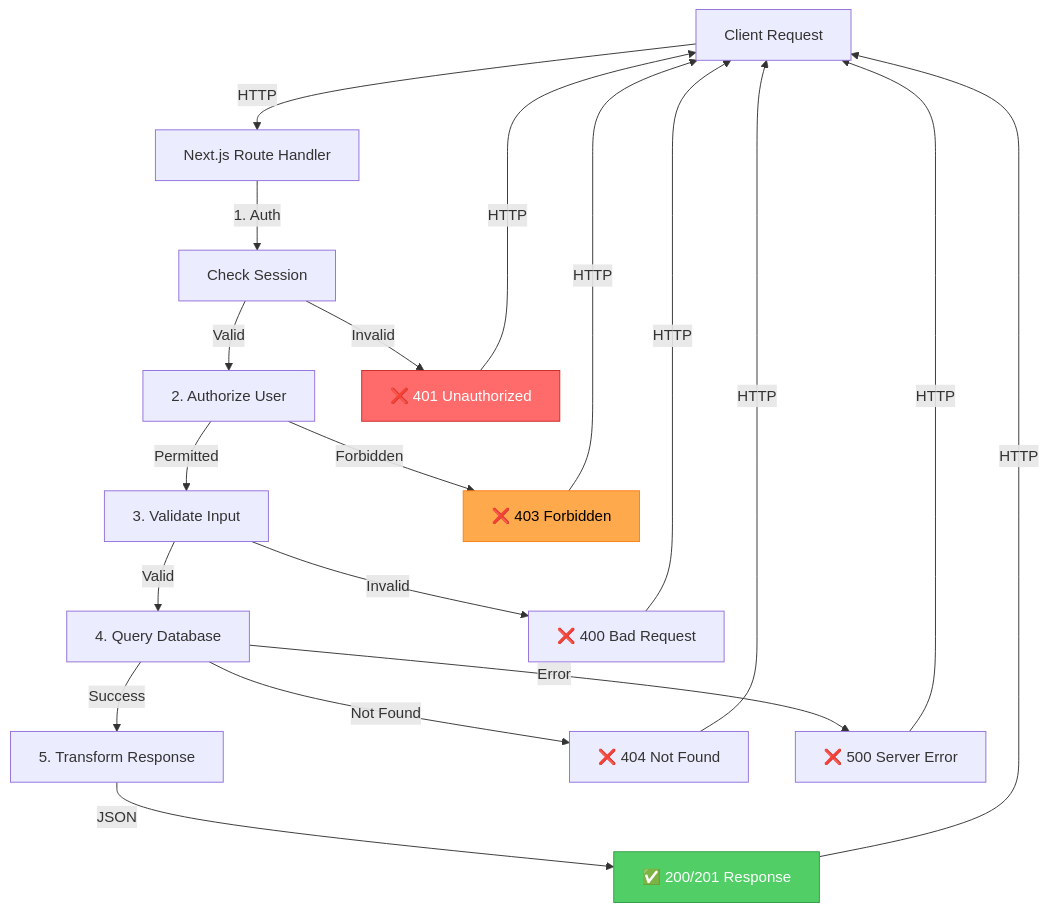
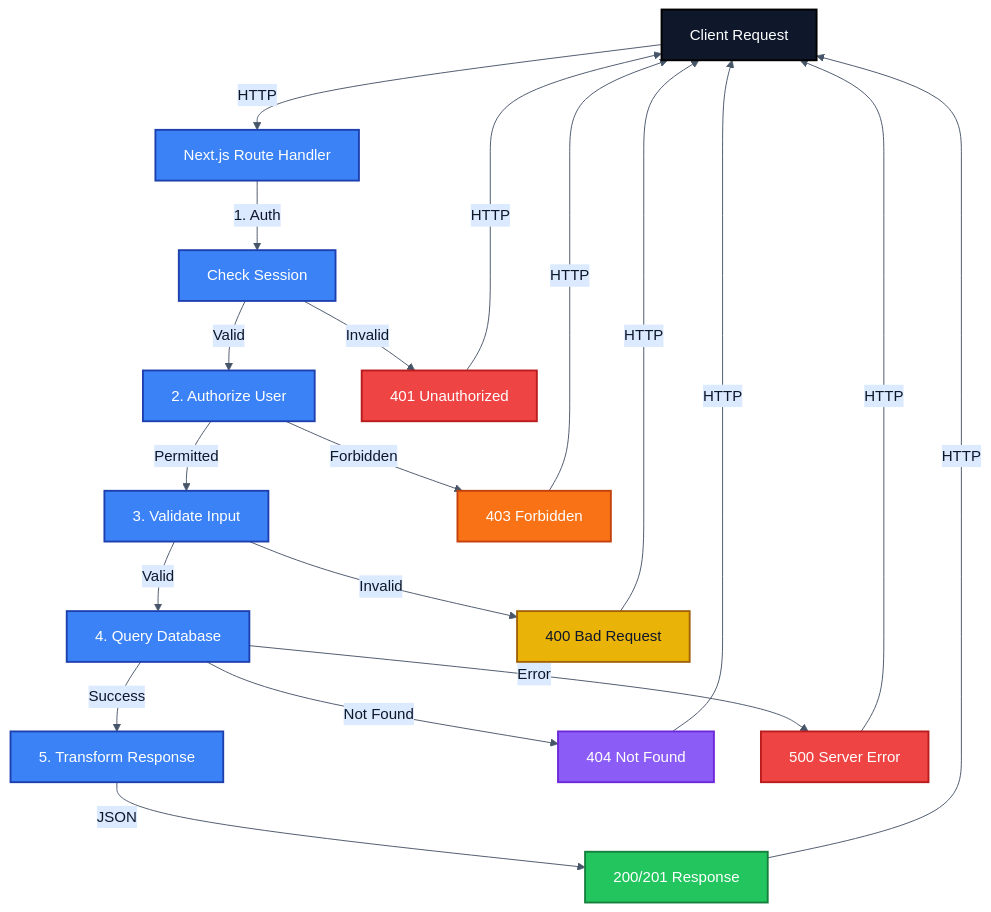
Before and after one commit to 3DHDSoft/devmultiplier-academy: the diagram in doc/api-endpoints.md, drawn with Mermaid. The commit also changed 19 other files, not shown here.

````diff
--- a/doc/api-endpoints.md
+++ b/doc/api-endpoints.md
@@ -7,30 +7,51 @@
 ```mermaid
+%%{init: {'theme': 'base', 'themeVariables': {
+  'primaryColor': '#3b82f6',
+  'primaryTextColor': '#0f172a',
+  'primaryBorderColor': '#1e40af',
+  'lineColor': '#475569',
+  'secondaryColor': '#dbeafe',
+  'tertiaryColor': '#eff6ff',
+  'background': '#ffffff',
+  'textColor': '#0f172a',
+  'fontFamily': 'system-ui, -apple-system, sans-serif'
+}}}%%
 graph TD
     Client["Client Request"] -->|HTTP| Router["Next.js Route Handler"]
     Router -->|1. Auth| Auth["Check Session"]
     Auth -->|Valid| Authorize["2. Authorize User"]
-    Auth -->|Invalid| Unauth["❌ 401 Unauthorized"]
+    Auth -->|Invalid| Unauth["401 Unauthorized"]
 
     Authorize -->|Permitted| Validate["3. Validate Input"]
-    Authorize -->|Forbidden| Forbidden["❌ 403 Forbidden"]
+    Authorize -->|Forbidden| Forbidden["403 Forbidden"]
 
     Validate -->|Valid| Query["4. Query Database"]
-    Validate -->|Invalid| BadReq["❌ 400 Bad Request"]
+    Validate -->|Invalid| BadReq["400 Bad Request"]
 
     Query -->|Success| Transform["5. Transform Response"]
-    Query -->|Not Found| NotFound["❌ 404 Not Found"]
-    Query -->|Error| ServerErr["❌ 500 Server Error"]
+    Query -->|Not Found| NotFound["404 Not Found"]
+    Query -->|Error| ServerErr["500 Server Error"]
 
-    Transform -->|JSON| Response["✅ 200/201 Response"]
+    Transform -->|JSON| Response["200/201 Response"]
     Response -->|HTTP| Client
 
     Unauth -->|HTTP| Client
     Forbidden -->|HTTP| Client
     BadReq -->|HTTP| Client
     NotFound -->|HTTP| Client
     ServerErr -->|HTTP| Client
 
-    style Response fill:#51cf66,stroke:#2f9e44,color:#fff
-    style Unauth fill:#ff6b6b,stroke:#c92a2a,color:#fff
-    style Forbidden fill:#ffa94d,stroke:#fd7e14,color:#000
+    style Client fill:#0f172a,stroke:#000000,color:#ffffff,stroke-width:2px
+    style Router fill:#3b82f6,stroke:#1e40af,color:#ffffff,stroke-width:2px
+    style Auth fill:#3b82f6,stroke:#1e40af,color:#ffffff,stroke-width:2px
+    style Authorize fill:#3b82f6,stroke:#1e40af,color:#ffffff,stroke-width:2px
+    style Validate fill:#3b82f6,stroke:#1e40af,color:#ffffff,stroke-width:2px
+    style Query fill:#3b82f6,stroke:#1e40af,color:#ffffff,stroke-width:2px
+    style Transform fill:#3b82f6,stroke:#1e40af,color:#ffffff,stroke-width:2px
+    style Response fill:#22c55e,stroke:#15803d,color:#ffffff,stroke-width:2px
+    style Unauth fill:#ef4444,stroke:#b91c1c,color:#ffffff,stroke-width:2px
+    style Forbidden fill:#f97316,stroke:#c2410c,color:#ffffff,stroke-width:2px
+    style BadReq fill:#eab308,stroke:#a16207,color:#0f172a,stroke-width:2px
+    style NotFound fill:#8b5cf6,stroke:#6d28d9,color:#ffffff,stroke-width:2px
+    style ServerErr fill:#ef4444,stroke:#b91c1c,color:#ffffff,stroke-width:2px
 ```
````
